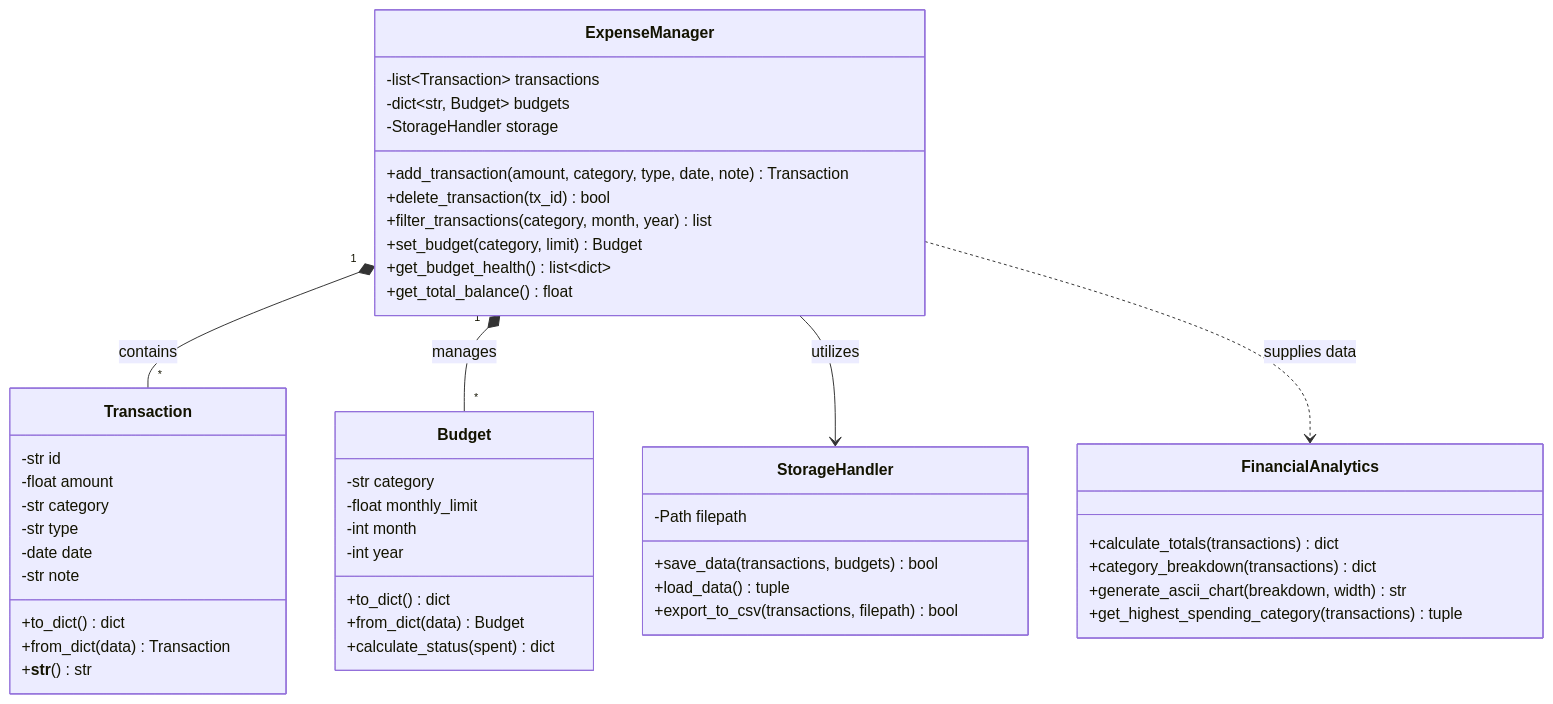
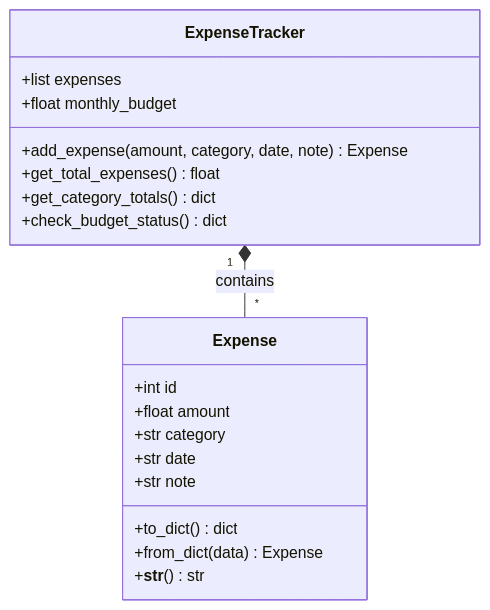
Before and after one commit to Aditya26bai10148-creator/student-expense-tracker: the fifth of 5 diagrams in PROJECT_REPORT.md, drawn with Mermaid. The commit also changed other lines of this file and 18 other files, not shown here.

Commit message:
Simplify project architecture: concise 4-module design, clean CLI, unit tests, and streamlined report

````diff
--- a/PROJECT_REPORT.md
+++ b/PROJECT_REPORT.md
@@ -242,55 +132,24 @@
 ```mermaid
 classDiagram
-    class Transaction {
-        -str id
-        -float amount
-        -str category
-        -str type
-        -date date
-        -str note
+    class Expense {
+        +int id
+        +float amount
+        +str category
+        +str date
+        +str note
         +to_dict() dict
-        +from_dict(data) Transaction
+        +from_dict(data) Expense
         +__str__() str
     }
 
-    class Budget {
-        -str category
-        -float monthly_limit
-        -int month
-        -int year
-        +to_dict() dict
-        +from_dict(data) Budget
-        +calculate_status(spent) dict
+    class ExpenseTracker {
+        +list expenses
+        +float monthly_budget
+        +add_expense(amount, category, date, note) Expense
+        +get_total_expenses() float
+        +get_category_totals() dict
+        +check_budget_status() dict
     }
 
-    class ExpenseManager {
-        -list~Transaction~ transactions
-        -dict~str, Budget~ budgets
-        -StorageHandler storage
-        +add_transaction(amount, category, type, date, note) Transaction
-        +delete_transaction(tx_id) bool
-        +filter_transactions(category, month, year) list
-        +set_budget(category, limit) Budget
-        +get_budget_health() list~dict~
-        +get_total_balance() float
-    }
-
-    class FinancialAnalytics {
-        +calculate_totals(transactions) dict
-        +category_breakdown(transactions) dict
-        +generate_ascii_chart(breakdown, width) str
-        +get_highest_spending_category(transactions) tuple
-    }
-
-    class StorageHandler {
-        -Path filepath
-        +save_data(transactions, budgets) bool
-        +load_data() tuple
-        +export_to_csv(transactions, filepath) bool
-    }
-
-    ExpenseManager "1" *-- "*" Transaction : contains
-    ExpenseManager "1" *-- "*" Budget : manages
-    ExpenseManager --> StorageHandler : utilizes
-    ExpenseManager ..> FinancialAnalytics : supplies data
+    ExpenseTracker "1" *-- "*" Expense : contains
 ```
````
